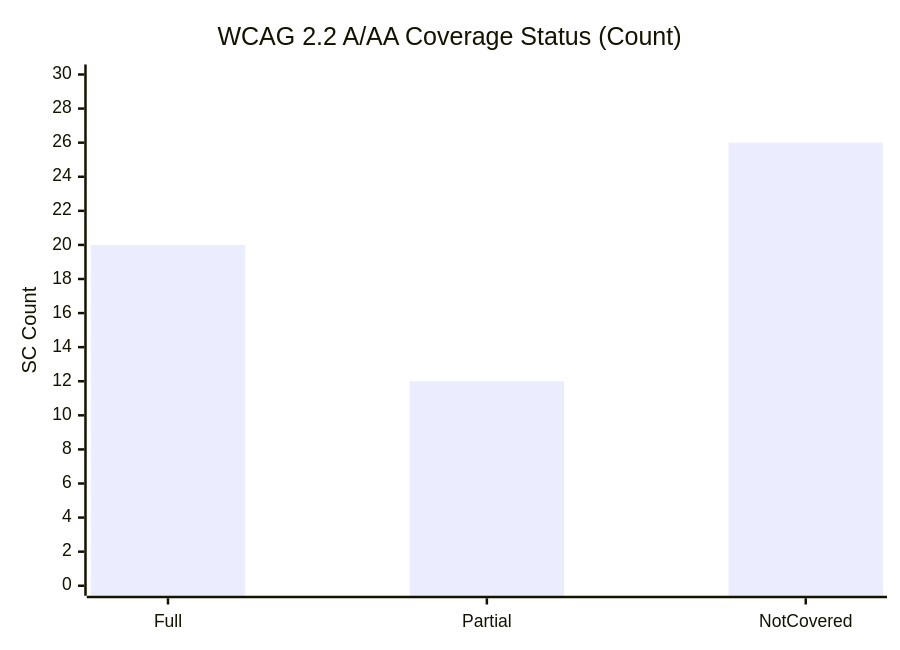
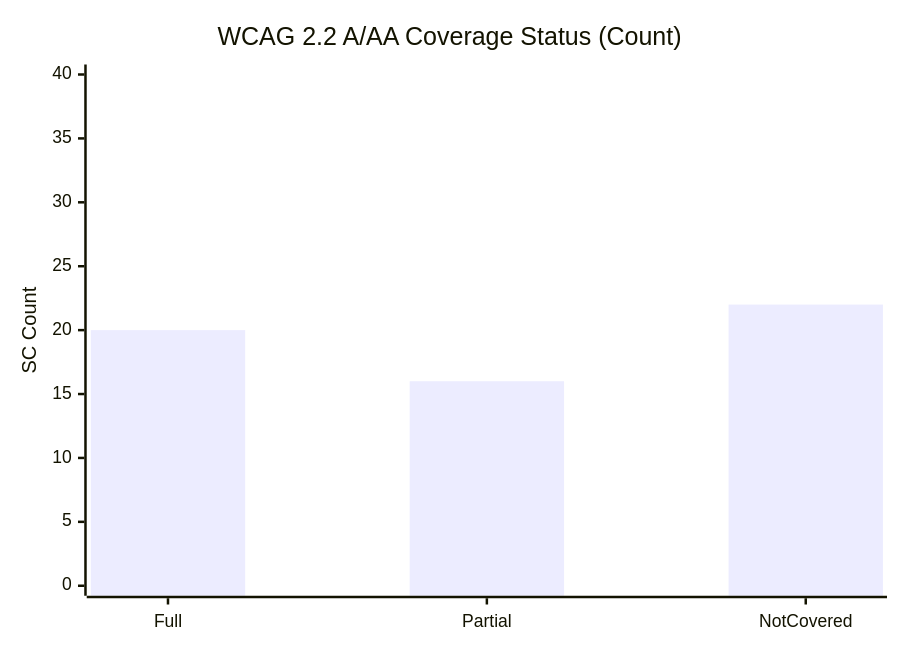
Before and after one commit to WillyEverGreen/BEACON: the second of 3 diagrams in docs/architecture/ACCESSIBILITY_COVERAGE.md, drawn with Mermaid. The commit also changed other lines of this file and 49 other files, not shown here.

````diff
--- a/docs/architecture/ACCESSIBILITY_COVERAGE.md
+++ b/docs/architecture/ACCESSIBILITY_COVERAGE.md
@@ -47,7 +47,7 @@
 ```mermaid
 xychart-beta
     title "WCAG 2.2 A/AA Coverage Status (Count)"
     x-axis [Full, Partial, NotCovered]
-    y-axis "SC Count" 0 --> 30
-    bar [20, 12, 26]
+    y-axis "SC Count" 0 --> 40
+    bar [20, 16, 22]
 ```
````
